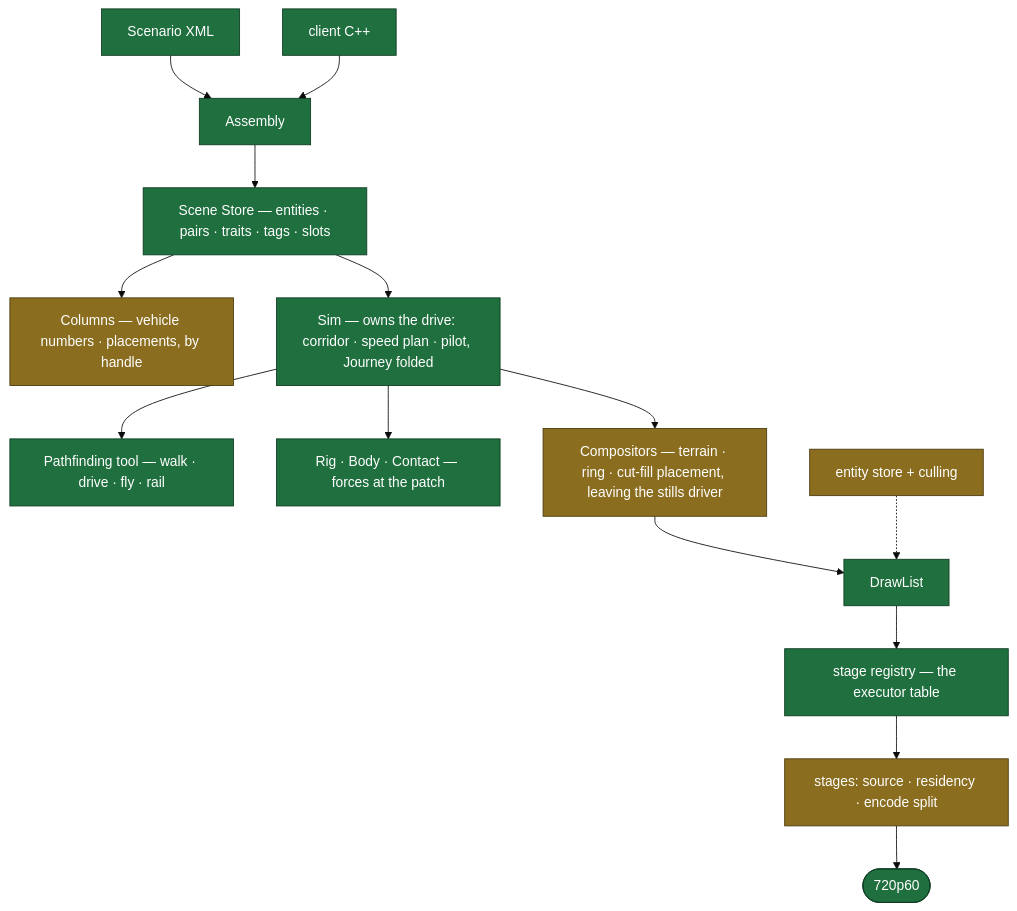
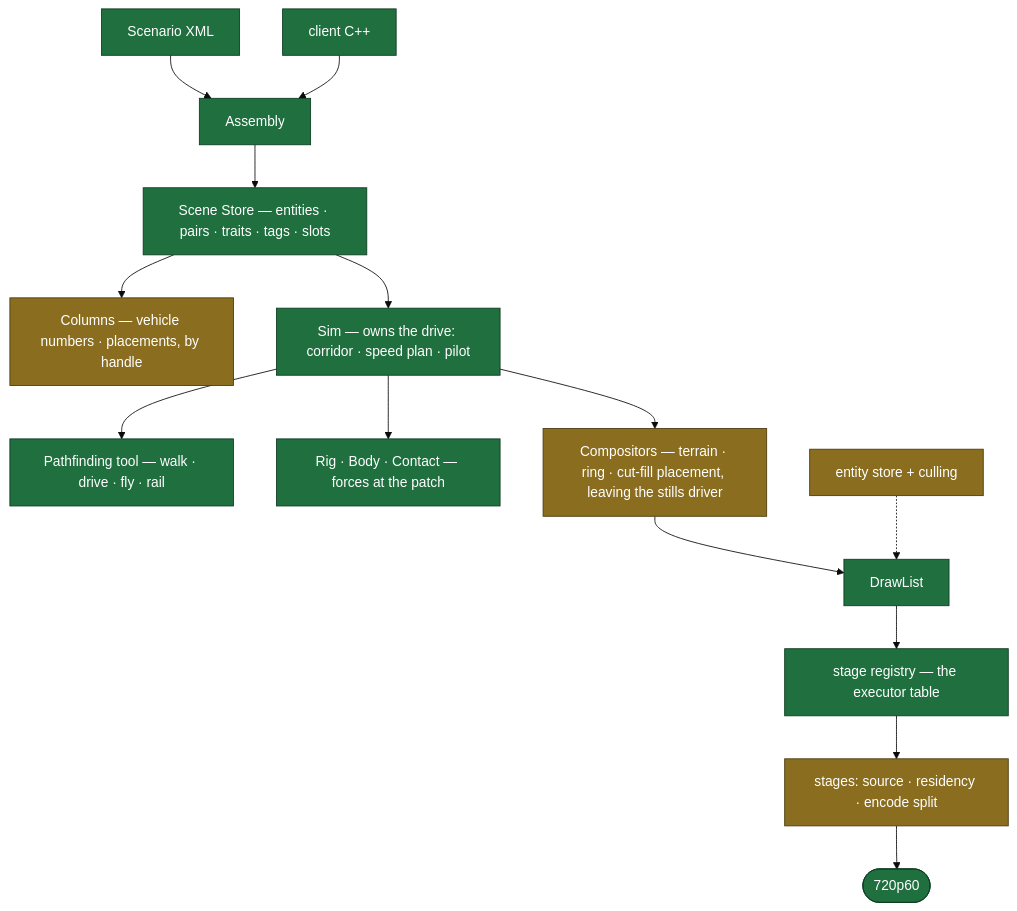
One commit to Weichwolf/outshine changed the seventh of 11 diagrams in CLAUDE.md. Above: the diagram before and after it, drawn with Mermaid (base theme). The commit also changed other lines of this file and 6 other files, not shown here.

First line of the commit message:
board:1581 move 2e slice 3 -- Journey is dead, and no orchestration class remains on the drive

````diff
--- a/CLAUDE.md
+++ b/CLAUDE.md
@@ -235,20 +234,20 @@
 ```mermaid
 flowchart TD
   Scenario["Scenario XML"] --> Assembly
   ClientCode["client C++"] --> Assembly
   Assembly --> SceneStore["Scene Store — entities · pairs · traits · tags · slots"]
   SceneStore --> Columns["Columns — vehicle numbers · placements, by handle"]
-  SceneStore --> SimD["Sim — owns the drive: corridor · speed plan · pilot, Journey folded"]
+  SceneStore --> SimD["Sim — owns the drive: corridor · speed plan · pilot"]
   SimD --> Pathfinding["Pathfinding tool — walk · drive · fly · rail"]
   SimD --> Physics["Rig · Body · Contact — forces at the patch"]
   SimD --> Compositors["Compositors — terrain · ring · cut-fill placement, leaving the stills driver"]
   Compositors --> DrawList --> Registry["stage registry — the executor table"]
   Registry --> Stages["stages: source · residency · encode split"]
   Stages --> Frame(["720p60"])
   Entities["entity store + culling"] -.-> DrawList
 
   classDef sure fill:#1f6f3f,stroke:#0d3b21,color:#fff
   classDef likely fill:#8a6d1f,stroke:#4a3a0d,color:#fff
   class Scenario,ClientCode,Assembly,SceneStore,SimD,Pathfinding,Physics,Registry,DrawList,Frame sure
   class Columns,Compositors,Stages,Entities likely
 ```
````
